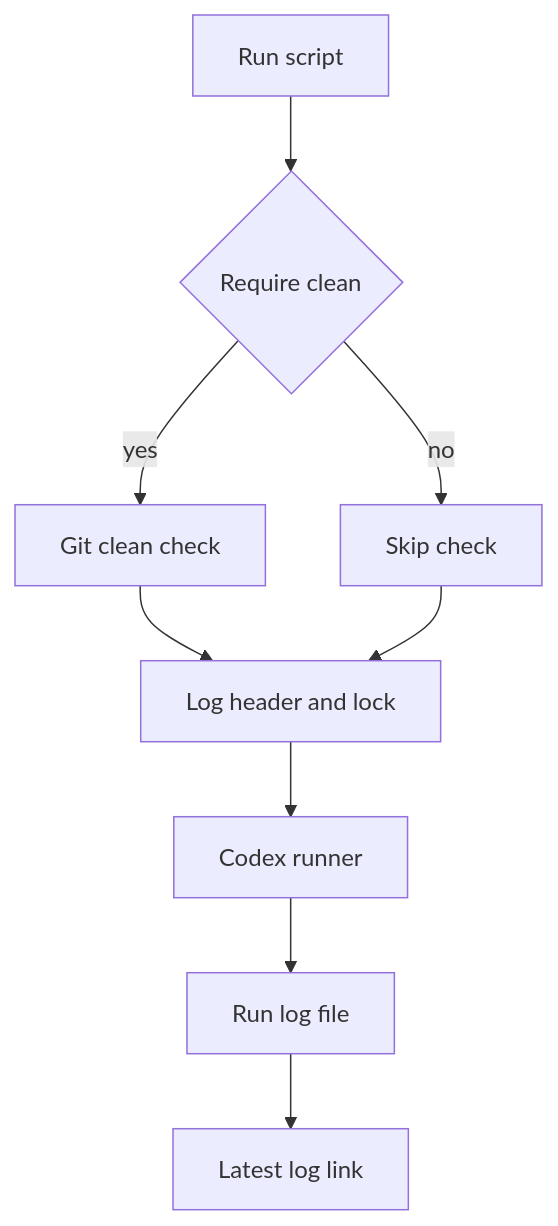
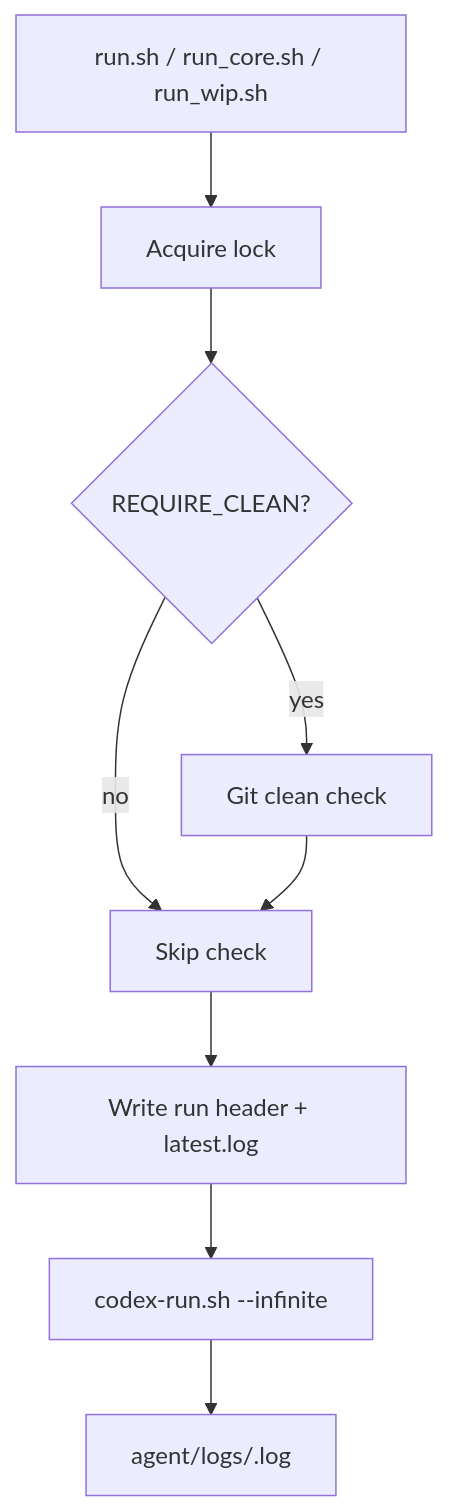
One commit to Xopoko/Experiment-26_P_vs_NP changed the second of 5 diagrams in ARCHITECTURE.md. Above: the diagram before and after it, drawn with Mermaid. The commit also changed other lines of this file, not shown here.

Commit message:
Proof - update architecture documentation for clarity and structure

````diff
--- a/ARCHITECTURE.md
+++ b/ARCHITECTURE.md
@@ -74,11 +105,11 @@
 ```mermaid
 graph TD
-  A[Run script] --> B{Require clean}
-  B -->|yes| C[Git clean check]
-  B -->|no| D[Skip check]
-  C --> E[Log header and lock]
+  A[run.sh / run_core.sh / run_wip.sh] --> B[Acquire lock]
+  B --> C{REQUIRE_CLEAN?}
+  C -->|yes| D[Git clean check]
+  C -->|no| E[Skip check]
   D --> E
-  E --> F[Codex runner]
-  F --> G[Run log file]
-  G --> H[Latest log link]
+  E --> F[Write run header + latest.log]
+  F --> G[codex-run.sh --infinite]
+  G --> H[agent/logs/<run_id>.log]
 ```
````
